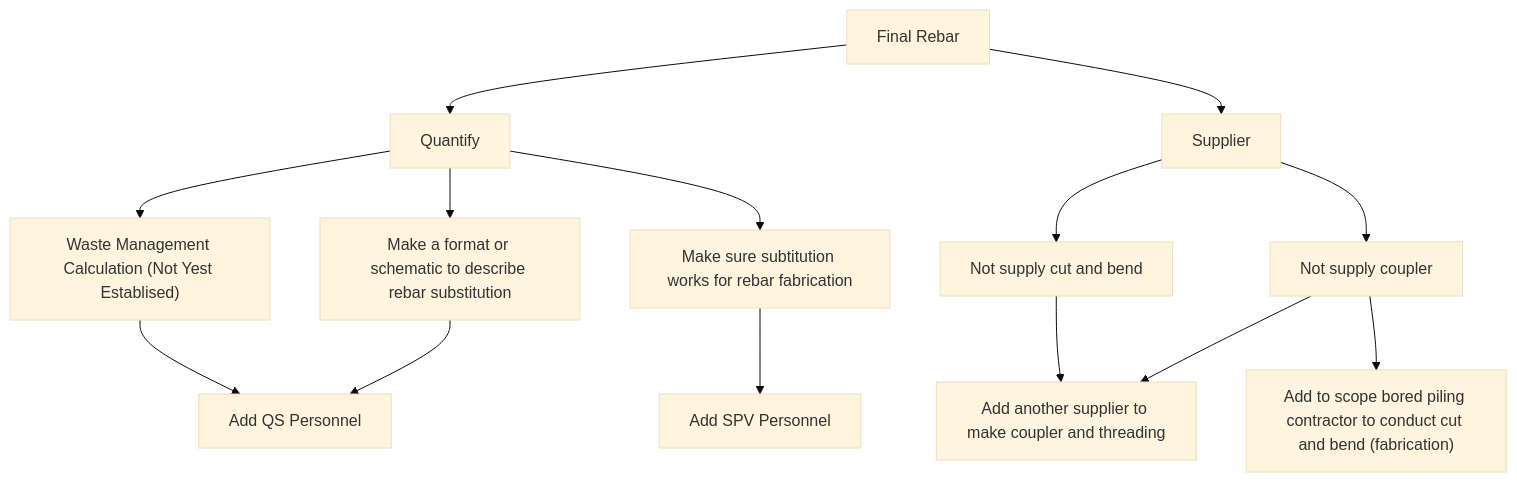
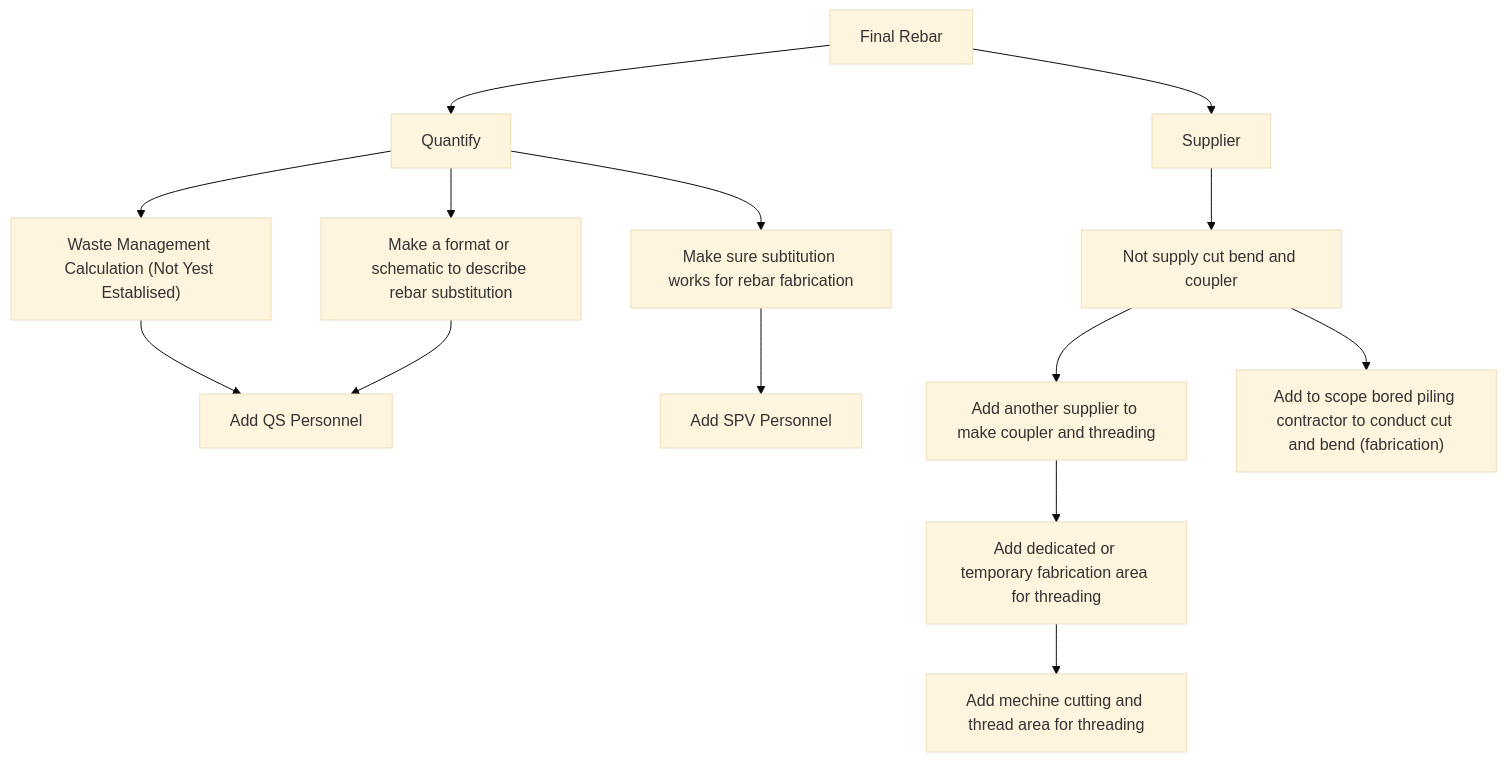
Before and after one commit to SCRP-eng/Fishbone-Rebar: the diagram in Ishikawa_Final_Rebar.md, drawn with Mermaid (base theme).

````diff
--- a/Ishikawa_Final_Rebar.md
+++ b/Ishikawa_Final_Rebar.md
@@ -4,23 +4,24 @@
 ```mermaid
 graph TD
     Final_Rebar["Final Rebar"]
     Final_Rebar --> Quantify["Quantify"]
     Final_Rebar --> Supplier["Supplier"]
 
     Quantify --> WM_Calc["Waste Management Calculation (Not Yest Establised)"]
     Quantify --> Format["Make a format or schematic to describe rebar substitution"]
     Quantify --> Subst_Work["Make sure subtitution works for rebar fabrication"]
 
-    Supplier --> Cut_Bend["Not supply cut and bend"]
-    Supplier --> Coupler["Not supply coupler"]
-
-    WM_Calc --> QS["Add QS Personnel"]
+    Supplier --> Cut_Bend["Not supply cut bend and coupler"]
+   WM_Calc --> QS["Add QS Personnel"]
     Format --> QS
     Subst_Work --> SPV["Add SPV Personnel"]
 
     Cut_Bend --> New_Supplier["Add another supplier to make coupler and threading"]
-    New_Supplier
+    New_Supplier--> Thread["Add dedicated or temporary fabrication area for threading"]
+    Thread--> Mechine["Add mechine cutting and thread area for threading"]
+    
+    
 
-    Coupler --> New_Supplier
-    Coupler --> Bored["Add to scope bored piling contractor to conduct cut and bend (fabrication)"]
+    
+    Cut_Bend --> Bored["Add to scope bored piling contractor to conduct cut and bend (fabrication)"]
 ```
````
